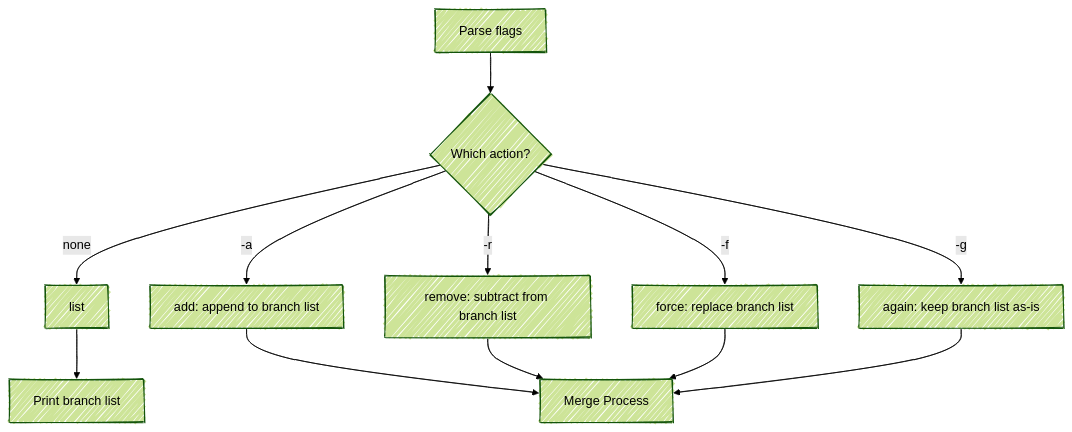
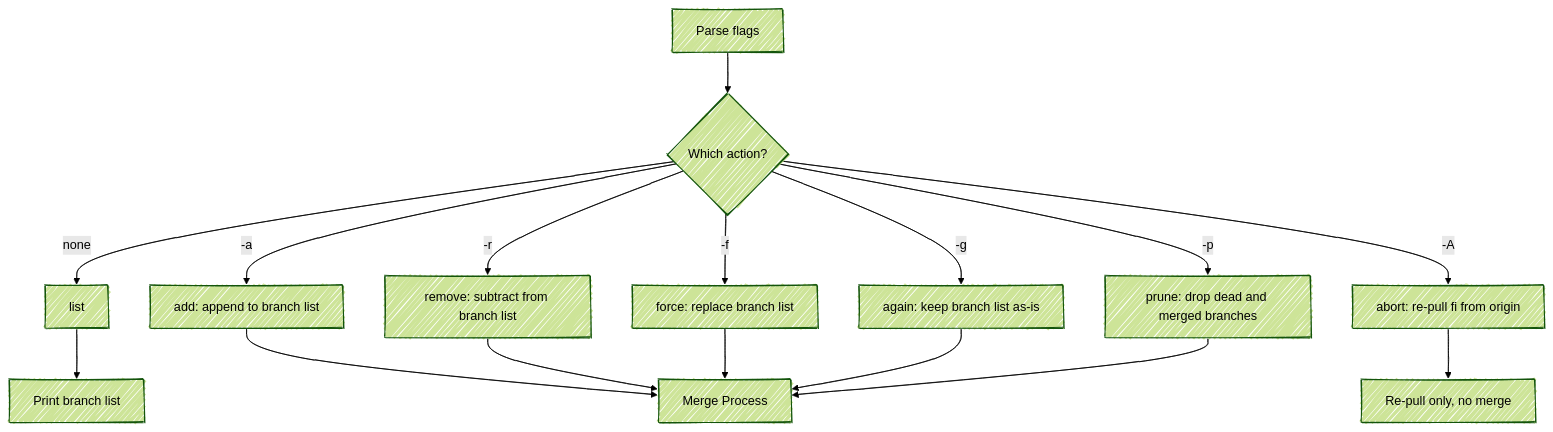
The diagram in docs/advanced.md (gettyimages/git-fi), drawn with Mermaid (forest theme) before and after one commit. The commit also changed other lines of this file and 4 other files, not shown here.

````diff
--- a/docs/advanced.md
+++ b/docs/advanced.md
@@ -71,15 +91,19 @@
 ```mermaid
 %%{ init: { 'look': 'handDrawn' } }%%
 flowchart TD
   A[Parse flags] --> B{Which action?}
   B -- none --> L[list]
   B -- -a --> ADD[add: append to branch list]
   B -- -r --> REM[remove: subtract from branch list]
   B -- -f --> FRC[force: replace branch list]
   B -- -g --> AGN[again: keep branch list as-is]
+  B -- -p --> PRN[prune: drop dead and merged branches]
+  B -- -A --> ABT[abort: re-pull fi from origin]
   ADD --> M[Merge Process]
   REM --> M
   FRC --> M
   AGN --> M
+  PRN --> M
   L --> OUT[Print branch list]
+  ABT --> OUT2[Re-pull only, no merge]
 ```
````
